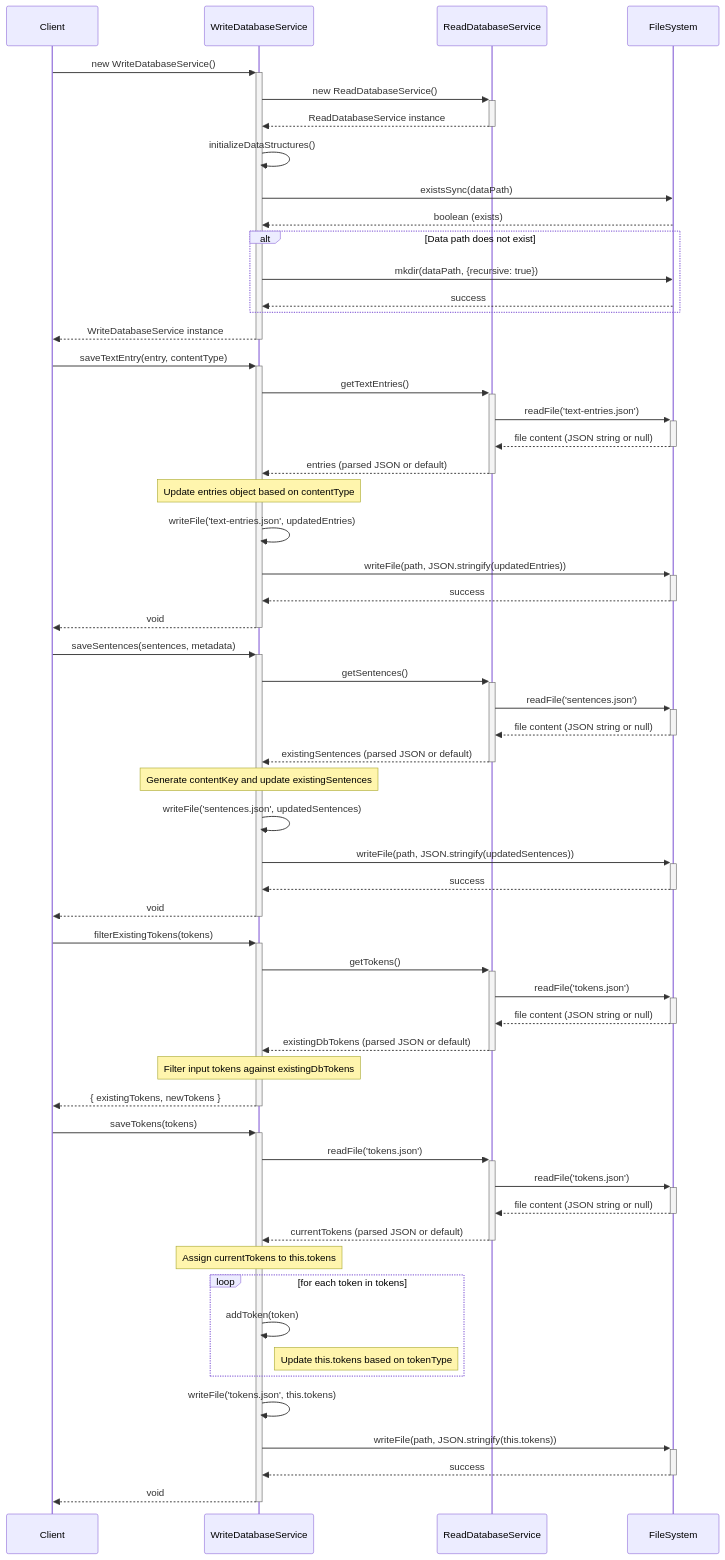
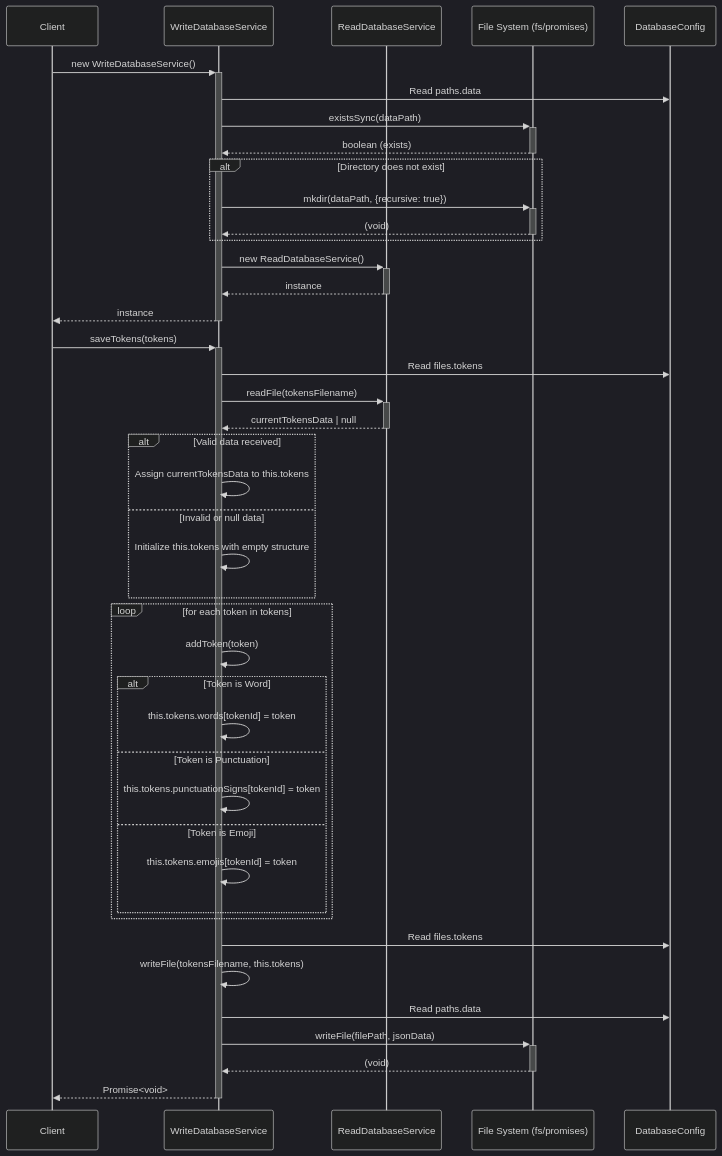
Before and after one commit to judithsanchez/bocaditosespanol: the diagram in lib/services/WriteDatabaseService.mmd, drawn with Mermaid. The commit also changed 8 other files, not shown here.

```diff
--- a/lib/services/WriteDatabaseService.mmd
+++ b/lib/services/WriteDatabaseService.mmd
@@ -1,67 +1,45 @@
+%%{init: {'theme': 'dark', 'themeVariables': { 'background': '#1e1e1e', 'primaryColor': '#2d2d30', 'primaryBorderColor': '#3c3c3c', 'primaryTextColor': '#d4d4d4', 'lineColor': '#569cd6', 'secondaryColor': '#ce9178', 'tertiaryColor': '#4ec9b0'}}}%%
 sequenceDiagram
     participant Client
-    participant WDS as WriteDatabaseService
-    participant RDS as ReadDatabaseService
-    participant FS as FileSystem
+    participant WriteSvc as WriteDatabaseService
+    participant ReadSvc as ReadDatabaseService
+    participant FS as File System (fs/promises)
+    participant Config as DatabaseConfig
 
-    %% Constructor & Initialization
-    Client->>+WDS: new WriteDatabaseService()
-    WDS->>+RDS: new ReadDatabaseService()
-    RDS-->>-WDS: ReadDatabaseService instance
-    WDS->>WDS: initializeDataStructures()
-    WDS->>FS: existsSync(dataPath)
-    FS-->>WDS: boolean (exists)
-    alt Data path does not exist
-        WDS->>FS: mkdir(dataPath, {recursive: true})
-        FS-->>WDS: success
+    Client->>+WriteSvc: new WriteDatabaseService()
+    WriteSvc->>Config: Read paths.data
+    WriteSvc->>+FS: existsSync(dataPath)
+    FS-->>-WriteSvc: boolean (exists)
+    alt Directory does not exist
+        WriteSvc->>+FS: mkdir(dataPath, {recursive: true})
+        FS-->>-WriteSvc: (void)
     end
-    WDS-->>-Client: WriteDatabaseService instance
+    WriteSvc->>+ReadSvc: new ReadDatabaseService()
+    ReadSvc-->>-WriteSvc: instance
+    WriteSvc-->>-Client: instance
 
-    %% saveTextEntry
-    Client->>+WDS: saveTextEntry(entry, contentType)
-    WDS->>+RDS: getTextEntries()
-    RDS->>+FS: readFile('text-entries.json')
-    FS-->>-RDS: file content (JSON string or null)
-    RDS-->>-WDS: entries (parsed JSON or default)
-    Note over WDS: Update entries object based on contentType
-    WDS->>WDS: writeFile('text-entries.json', updatedEntries)
-    WDS->>+FS: writeFile(path, JSON.stringify(updatedEntries))
-    FS-->>-WDS: success
-    WDS-->>-Client: void
-
-    %% saveSentences
-    Client->>+WDS: saveSentences(sentences, metadata)
-    WDS->>+RDS: getSentences()
-    RDS->>+FS: readFile('sentences.json')
-    FS-->>-RDS: file content (JSON string or null)
-    RDS-->>-WDS: existingSentences (parsed JSON or default)
-    Note over WDS: Generate contentKey and update existingSentences
-    WDS->>WDS: writeFile('sentences.json', updatedSentences)
-    WDS->>+FS: writeFile(path, JSON.stringify(updatedSentences))
-    FS-->>-WDS: success
-    WDS-->>-Client: void
-
-    %% filterExistingTokens
-    Client->>+WDS: filterExistingTokens(tokens)
-    WDS->>+RDS: getTokens()
-    RDS->>+FS: readFile('tokens.json')
-    FS-->>-RDS: file content (JSON string or null)
-    RDS-->>-WDS: existingDbTokens (parsed JSON or default)
-    Note over WDS: Filter input tokens against existingDbTokens
-    WDS-->>-Client: { existingTokens, newTokens }
-
-    %% saveTokens
-    Client->>+WDS: saveTokens(tokens)
-    WDS->>+RDS: readFile('tokens.json')
-    RDS->>+FS: readFile('tokens.json')
-    FS-->>-RDS: file content (JSON string or null)
-    RDS-->>-WDS: currentTokens (parsed JSON or default)
-    Note over WDS: Assign currentTokens to this.tokens
+    Client->>+WriteSvc: saveTokens(tokens)
+    WriteSvc->>Config: Read files.tokens
+    WriteSvc->>+ReadSvc: readFile(tokensFilename)
+    ReadSvc-->>-WriteSvc: currentTokensData | null
+    alt Valid data received
+        WriteSvc->>WriteSvc: Assign currentTokensData to this.tokens
+    else Invalid or null data
+        WriteSvc->>WriteSvc: Initialize this.tokens with empty structure
+    end
     loop for each token in tokens
-        WDS->>WDS: addToken(token)
-        Note right of WDS: Update this.tokens based on tokenType
+        WriteSvc->>WriteSvc: addToken(token)
+        alt Token is Word
+            WriteSvc->>WriteSvc: this.tokens.words[tokenId] = token
+        else Token is Punctuation
+            WriteSvc->>WriteSvc: this.tokens.punctuationSigns[tokenId] = token
+        else Token is Emoji
+            WriteSvc->>WriteSvc: this.tokens.emojis[tokenId] = token
+        end
     end
-    WDS->>WDS: writeFile('tokens.json', this.tokens)
-    WDS->>+FS: writeFile(path, JSON.stringify(this.tokens))
-    FS-->>-WDS: success
-    WDS-->>-Client: void
+    WriteSvc->>Config: Read files.tokens
+    WriteSvc->>WriteSvc: writeFile(tokensFilename, this.tokens)
+    WriteSvc->>Config: Read paths.data
+    WriteSvc->>+FS: writeFile(filePath, jsonData)
+    FS-->>-WriteSvc: (void)
+    WriteSvc-->>-Client: Promise<void>
```
